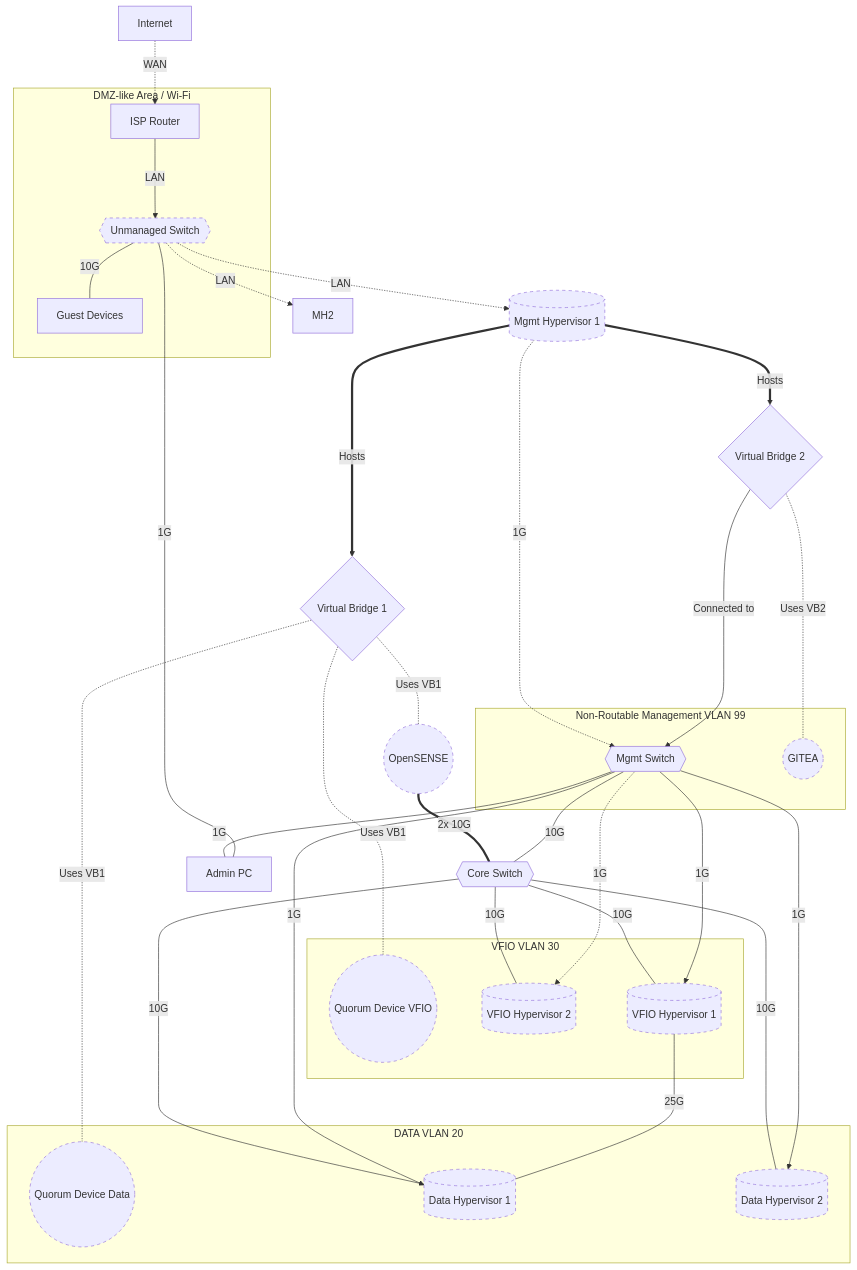
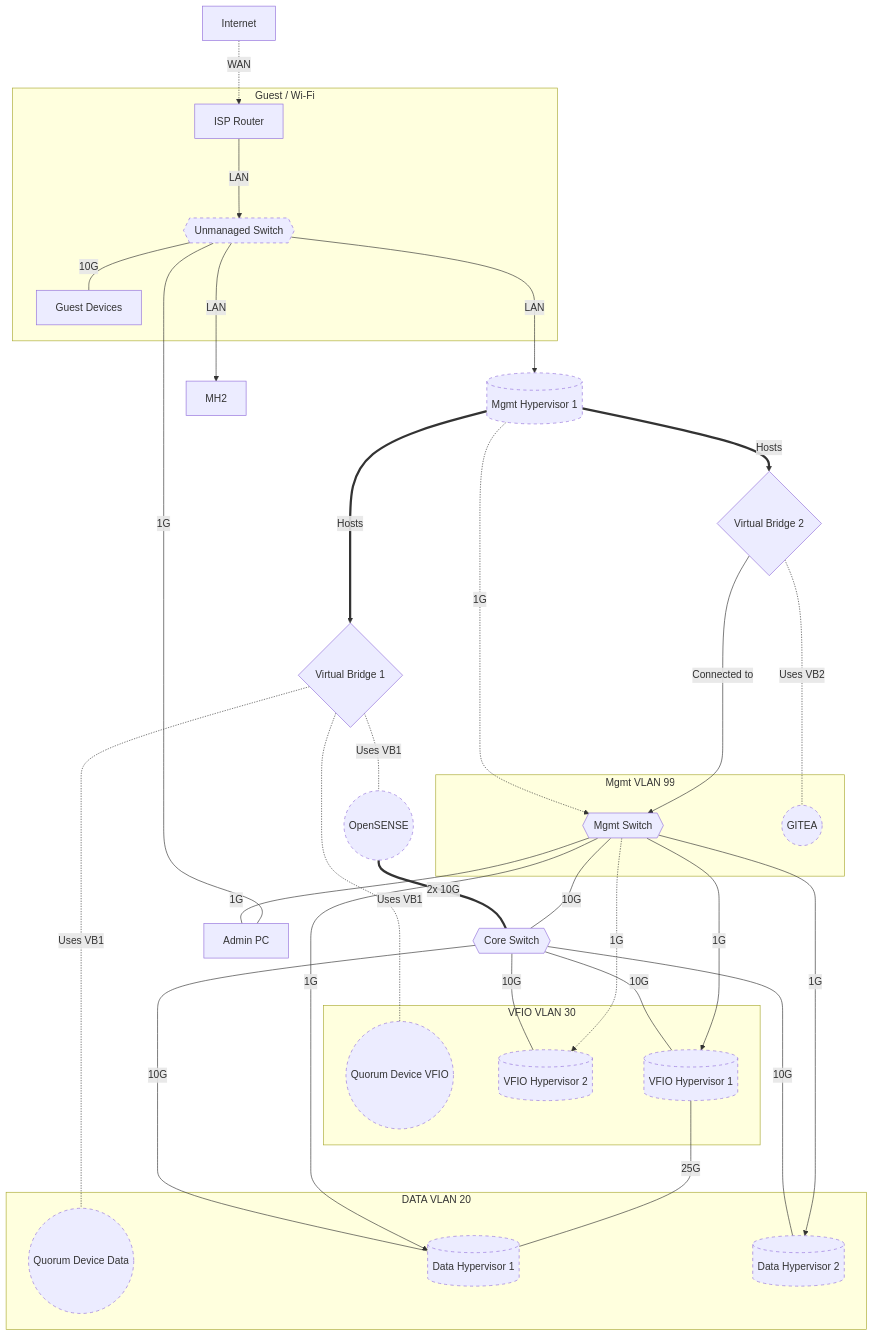
The diagram in alp/netop.md (woeiru/lab), drawn with Mermaid before and after one commit.

Commit message:
alp/netop.md: update connection styles and rename subgraphs

````diff
--- a/alp/netop.md
+++ b/alp/netop.md
@@ -3,50 +3,50 @@
 ```mermaid
 graph TD
     INT[Internet] -.-> |WAN| ISPR[ISP Router]
     ISPR ---> |LAN| US
-    US{{Unmanaged Switch}} -.-> |LAN| MH1
-    US -.-> |LAN| MH2
+    US{{Unmanaged Switch}} ---> |LAN| MH1
+    US ---> |LAN| MH2
     VB1{Virtual Bridge 1} -.- |"Uses VB1"| QDV((Quorum Device VFIO))
     VB1 -.- |"Uses VB1"| QDD((Quorum Device Data))
     VB1 -.- |"Uses VB1"| OPN((OpenSENSE))
     OPN ===|"2x 10G"| CS{{Core Switch}}
     MH1[(Mgmt Hypervisor 1)] -.-> |"1G"| MS{{Mgmt Switch}}
     MS --- |"10G"| CS
     MS ---|"1G"| APC[Admin PC]
     APC ---|"1G"| US
     MH1 ==>|"Hosts"| VB1
     MH1 ==>|"Hosts"| VB2{Virtual Bridge 2}
     VB2 -.- |"Uses VB2"| GIT((GITEA))
     VB2 ---> |"Connected to"| MS
     CS ---|"10G"| VH2[(VFIO Hypervisor 2)]
     MS -.->|"1G"| VH2
     US ---|"10G"| GD[Guest Devices]
     CS ---|"10G"| VH1[(VFIO Hypervisor 1)]
     MS --->|"1G"| VH1
     CS ---|"10G"| DH1[(Data Hypervisor 1)]
     MS --->|"1G"| DH1
     CS ---|"10G"| DH2[(Data Hypervisor 2)]
     MS --->|"1G"| DH2
     VH1 ---|"25G"| DH1
     subgraph VLAN20 [DATA VLAN 20]
         DH1
         DH2
         QDD
     end
     subgraph VLAN30 [VFIO VLAN 30]
         VH1
         VH2
         QDV
     end
-    subgraph VLAN99 [Non-Routable Management VLAN 99]
+    subgraph VLAN99 [Mgmt VLAN 99]
         MS
         GIT
     end
-    subgraph DMZ [DMZ-like Area / Wi-Fi]
+    subgraph Guest [Guest / Wi-Fi]
         ISPR
         GD
         US
     end
     classDef punctuated stroke-dasharray: 5 5;
     class US,MH1,VH1,VH2,DH1,DH2,GIT,QDV,QDD,OPN punctuated;
 ```
````
